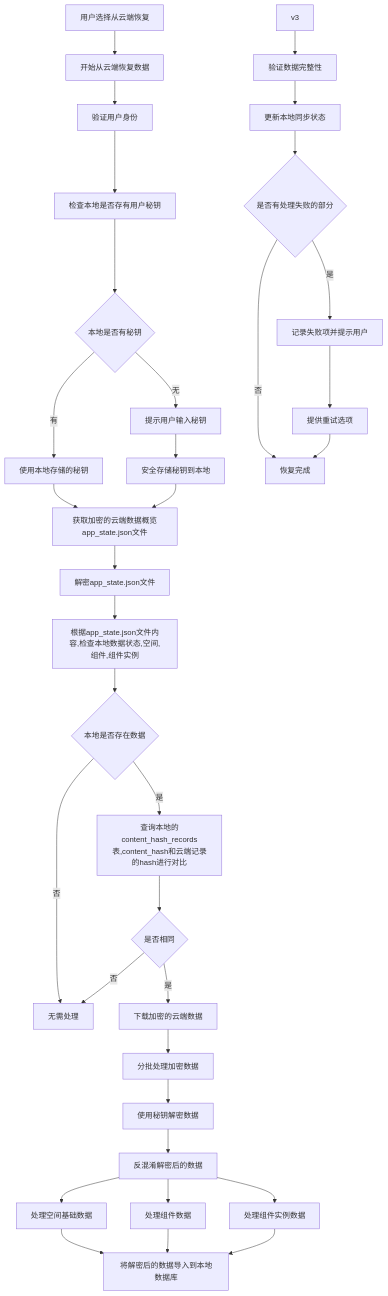
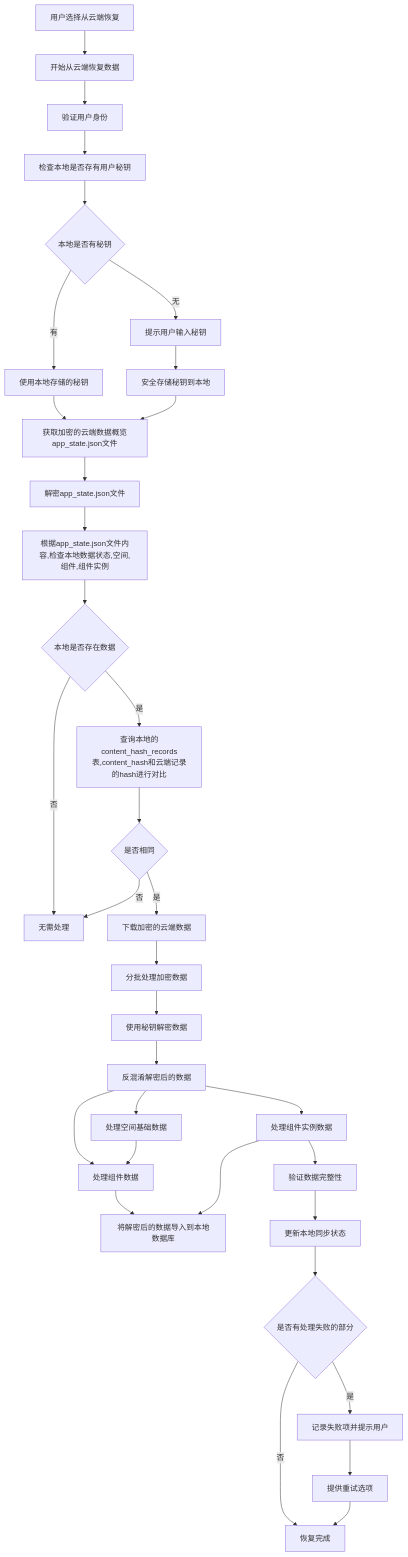
The diagram in all/未命名-44.md (yingjianzh/iodraw-files), drawn with Mermaid before and after one commit.

Commit message:
2025-04-27 14:40:04 update

````diff
--- a/all/未命名-44.md
+++ b/all/未命名-44.md
@@ -1,49 +1,50 @@
 ```mermaid
 flowchart TD
     A[用户选择从云端恢复] --> B[开始从云端恢复数据]
     B --> C[验证用户身份]
     
     C --> D[检查本地是否存有用户秘钥]
     D --> E{本地是否有秘钥}
     
     E -->|有| F1[使用本地存储的秘钥]
     E -->|无| F2[提示用户输入秘钥]
     F2 --> F7[安全存储秘钥到本地]
     
     F1 --> G[获取加密的云端数据概览app_state.json文件]
     F7 --> G
     
     G --> H[解密app_state.json文件]
     H --> J[根据app_state.json文件内容,检查本地数据状态,空间,组件,组件实例]
     J --> K{本地是否存在数据}
     
     K -->|否| L1[无需处理]
     K -->|是| L2[查询本地的content_hash_records表,content_hash和云端记录的hash进行对比]
     L2 -->  M{是否相同}
 
     M -->|否| L1
     M -->|是| N[下载加密的云端数据]
     
     N --> S[分批处理加密数据]
     S --> T[使用秘钥解密数据]
     T --> U[反混淆解密后的数据]
     
     U --> V1[处理空间基础数据]
     U --> V2[处理组件数据]
     U --> V3[处理组件实例数据]
 
-    v3 --> X[验证数据完整性]
-    V1 --> W[将解密后的数据导入到本地数据库]
+    V3 --> X[验证数据完整性]
+
+    V1 --> 
     V2 --> W
     V3 --> W
-    
+    W[将解密后的数据导入到本地数据库]
     
     X --> Y[更新本地同步状态]
     
     Y --> Z{是否有处理失败的部分}
     Z -->|是| AA[记录失败项并提示用户]
     Z -->|否| AB[恢复完成]
     
     AA --> AC[提供重试选项]
     AC --> AB
 ```
````
